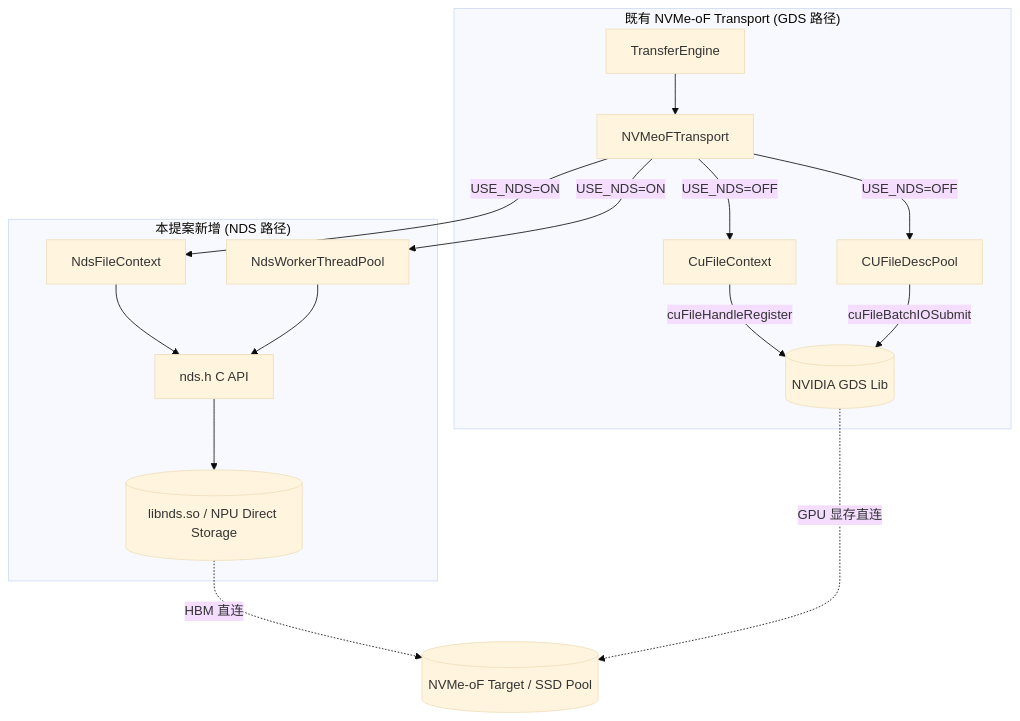
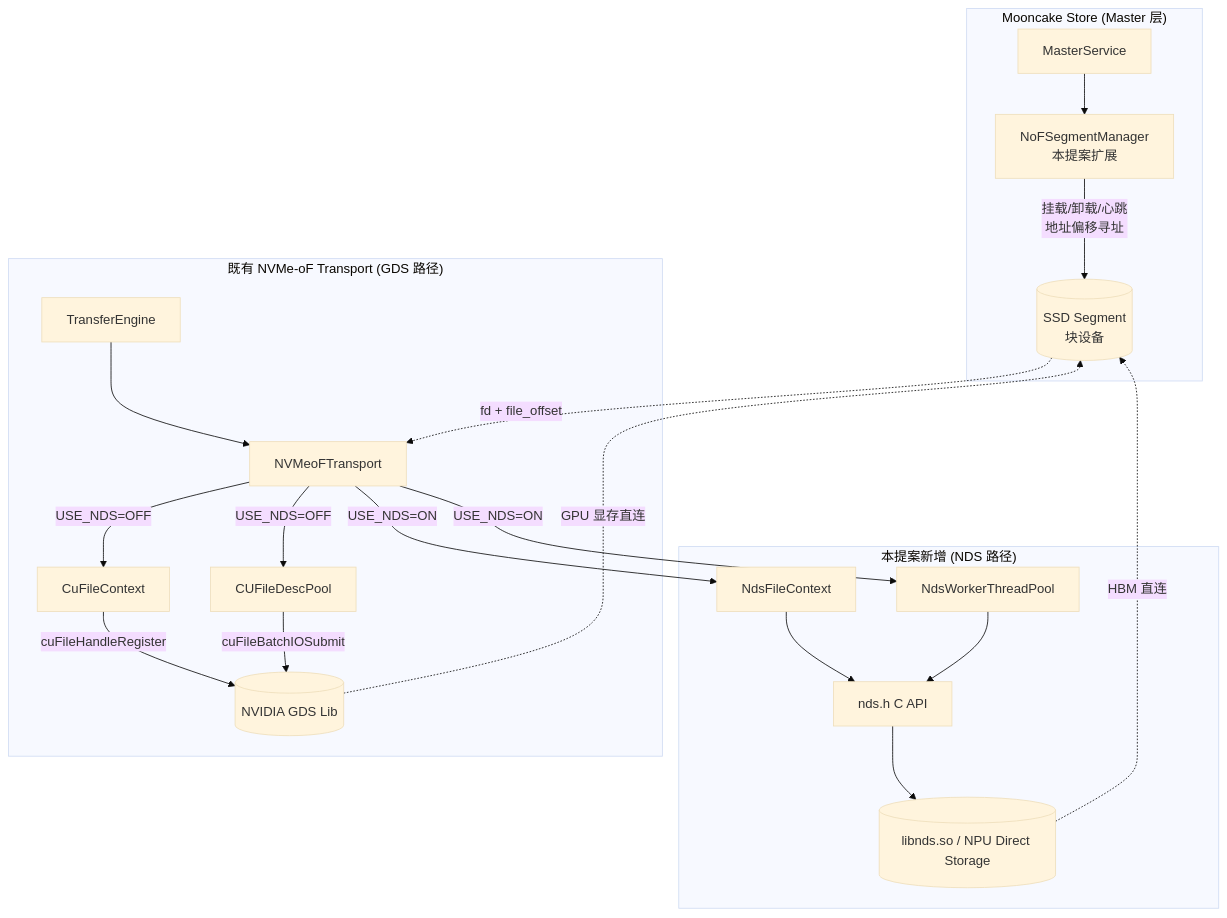
One commit to yz53665/Mooncake changed the first of 12 diagrams in docs/rfc-nds-nvmeof-transport-cn.md. Above: the diagram before and after it, drawn with Mermaid (base theme). The commit also changed other lines of this file and 1 other file, not shown here.

````diff
--- a/docs/rfc-nds-nvmeof-transport-cn.md
+++ b/docs/rfc-nds-nvmeof-transport-cn.md
@@ -55,27 +74,35 @@
 ```mermaid
 graph TB
+    subgraph Store["Mooncake Store (Master 层)"]
+        MS[MasterService]
+        NSM[NoFSegmentManager<br/>本提案扩展]
+        MS --> NSM
+        NSM -->|挂载/卸载/心跳<br/>地址偏移寻址| SEG[(SSD Segment<br/>块设备)]
+    end
+
     subgraph Existing["既有 NVMe-oF Transport (GDS 路径)"]
         TE[TransferEngine]
         NVT[NVMeoFTransport]
         CFC[CuFileContext]
         CDP[CUFileDescPool]
         TE --> NVT
         NVT -->|USE_NDS=OFF| CFC
         NVT -->|USE_NDS=OFF| CDP
         CFC -->|cuFileHandleRegister| GDS[(NVIDIA GDS Lib)]
         CDP -->|cuFileBatchIOSubmit| GDS
     end
 
     subgraph Proposed["本提案新增 (NDS 路径)"]
         NDS_CTX[NdsFileContext]
         NDS_API[nds.h C API]
         NVT -->|USE_NDS=ON| NDS_CTX
         NVT -->|USE_NDS=ON| TP[NdsWorkerThreadPool]
         NDS_CTX --> NDS_API
         TP --> NDS_API
         NDS_API --> NDSL[(libnds.so / NPU Direct Storage)]
     end
 
-    NDSL -.HBM 直连.-> NVME[(NVMe-oF Target / SSD Pool)]
-    GDS -.GPU 显存直连.-> NVME
+    SEG -. fd + file_offset .-> NVT
+    NDSL -.HBM 直连.-> SEG
+    GDS -.GPU 显存直连.-> SEG
 ```
````
